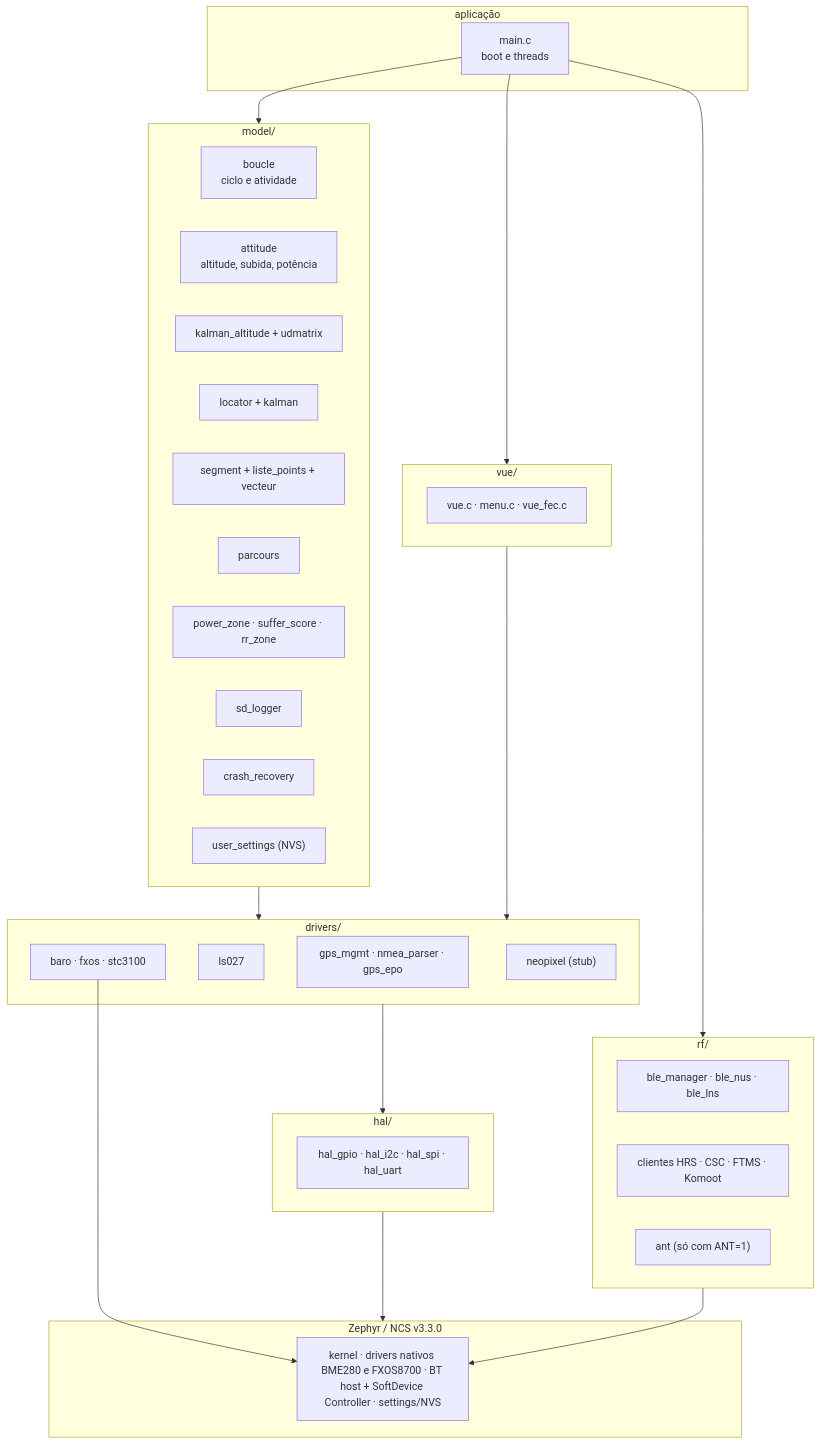
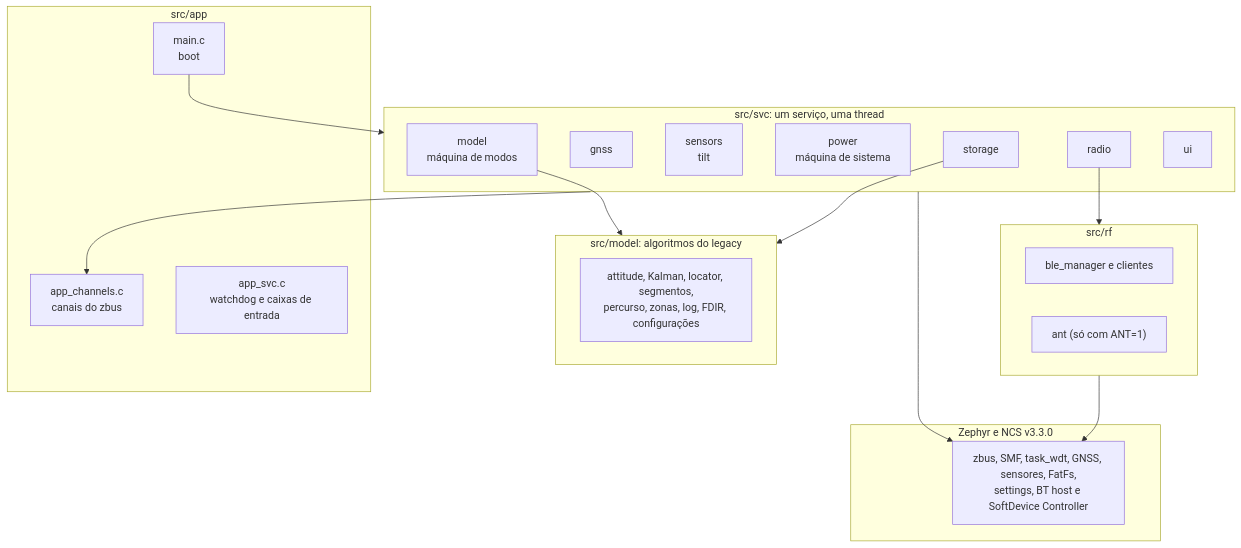
One commit to Guiimartinho/gnss-bike-computer changed the first of 3 diagrams in docs/05-arquitetura-zephyr.md. Above: the diagram before and after it, drawn with Mermaid. The commit also changed other lines of this file and 110 other files, not shown here.

````diff
--- a/docs/05-arquitetura-zephyr.md
+++ b/docs/05-arquitetura-zephyr.md
@@ -9,47 +12,34 @@
 ```mermaid
 flowchart TB
-    subgraph APP["aplicação"]
-        MAIN["main.c<br/>boot e threads"]
+    subgraph APP["src/app"]
+        MAIN["main.c<br/>boot"]
+        CHAN["app_channels.c<br/>canais do zbus"]
+        SVCF["app_svc.c<br/>watchdog e caixas de entrada"]
     end
-    subgraph MODEL["model/"]
-        BOUCLE["boucle<br/>ciclo e atividade"]
-        ATT["attitude<br/>altitude, subida, potência"]
-        KAL["kalman_altitude + udmatrix"]
-        LOC["locator + kalman"]
-        SEG["segment + liste_points + vecteur"]
-        PRC["parcours"]
-        ZONES["power_zone · suffer_score · rr_zone"]
-        LOG["sd_logger"]
-        FDIR["crash_recovery"]
-        SET["user_settings (NVS)"]
+    subgraph SVC["src/svc: um serviço, uma thread"]
+        PWR["power<br/>máquina de sistema"]
+        GNS["gnss"]
+        SNS["sensors<br/>tilt"]
+        RAD["radio"]
+        STO["storage"]
+        MOD["model<br/>máquina de modos"]
+        UIS["ui"]
     end
-    subgraph VUE["vue/"]
-        V["vue.c · menu.c · vue_fec.c"]
+    subgraph MODEL["src/model: algoritmos do legacy"]
+        ALG["attitude, Kalman, locator, segmentos,<br/>percurso, zonas, log, FDIR, configurações"]
     end
-    subgraph RF["rf/"]
-        BLE["ble_manager · ble_nus · ble_lns"]
-        CLI["clientes HRS · CSC · FTMS · Komoot"]
+    subgraph RF["src/rf"]
+        BLE["ble_manager e clientes"]
         ANTN["ant (só com ANT=1)"]
     end
-    subgraph DRV["drivers/"]
-        GPS["gps_mgmt · nmea_parser · gps_epo"]
-        LCD["ls027"]
-        SNS["baro · fxos · stc3100"]
-        NEO["neopixel (stub)"]
+    subgraph Z["Zephyr e NCS v3.3.0"]
+        ZAPI["zbus, SMF, task_wdt, GNSS, sensores, FatFs,<br/>settings, BT host e SoftDevice Controller"]
     end
-    subgraph HAL["hal/"]
-        H["hal_gpio · hal_i2c · hal_spi · hal_uart"]
-    end
-    subgraph Z["Zephyr / NCS v3.3.0"]
-        ZK["kernel · drivers nativos BME280 e FXOS8700 · BT host + SoftDevice Controller · settings/NVS"]
-    end
-    MAIN --> MODEL
-    MAIN --> VUE
-    MAIN --> RF
-    MODEL --> DRV
-    VUE --> DRV
-    DRV --> HAL
-    HAL --> Z
-    SNS --> ZK
-    RF --> ZK
+    MAIN --> SVC
+    SVC --> CHAN
+    MOD --> MODEL
+    STO --> MODEL
+    RAD --> RF
+    SVC --> ZAPI
+    RF --> ZAPI
 ```
````
